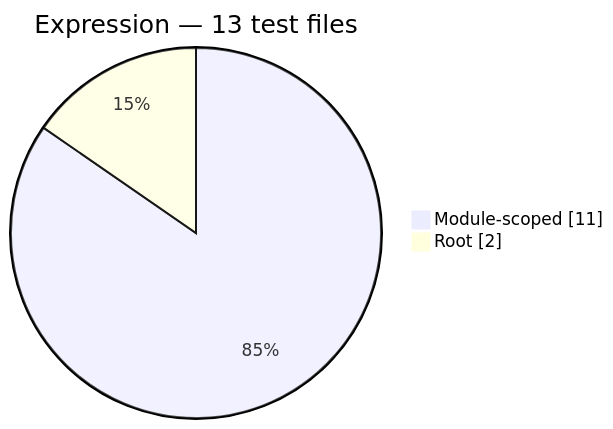
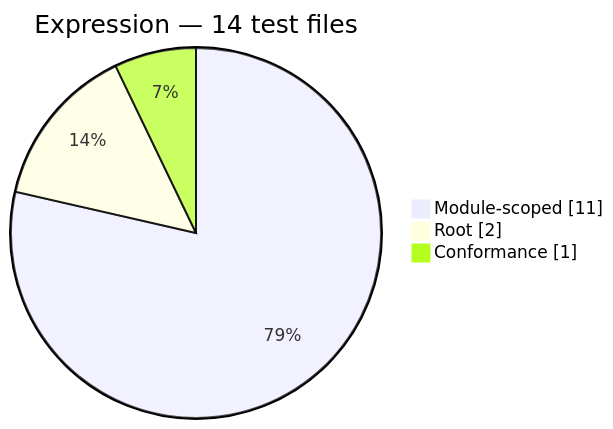
The second of 12 diagrams in docs/generated/test-composition.md (Mohammed-Alama/php-arazzo), drawn with Mermaid before and after one commit. The commit also changed other lines of this file and 6 other files, not shown here.

First line of the commit message:
test(expression): vendor the runtime-expression ABNF with provenance (#143)

````diff
--- a/docs/generated/test-composition.md
+++ b/docs/generated/test-composition.md
@@ -28,6 +28,7 @@
 ```mermaid
 pie showData
-    title Expression — 13 test files
+    title Expression — 14 test files
     "Module-scoped": 11
     "Root": 2
+    "Conformance": 1
 ```
````
